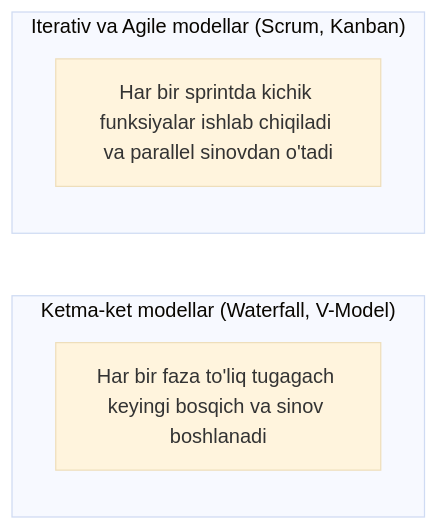
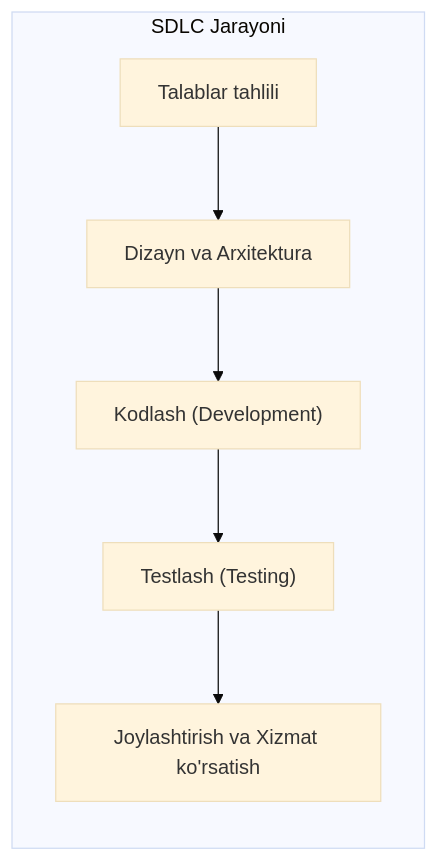
The first of 7 diagrams in app/docs/istqb-foundation/testing-throughout-the-sdlc/page.mdx (Ergashov15/qa-uzbekistan), drawn with Mermaid (base theme) before and after one commit. The commit also changed other lines of this file and 5 other files, not shown here.

````diff
--- a/app/docs/istqb-foundation/testing-throughout-the-sdlc/page.mdx
+++ b/app/docs/istqb-foundation/testing-throughout-the-sdlc/page.mdx
@@ -15,9 +15,9 @@
 ```mermaid
 flowchart LR
-    subgraph Seq["Ketma-ket modellar (Waterfall, V-Model)"]
-        S1["Har bir faza to'liq tugagach keyingi bosqich va sinov boshlanadi"]
-    end
-    subgraph Iter["Iterativ va Agile modellar (Scrum, Kanban)"]
-        I1["Har bir sprintda kichik funksiyalar ishlab chiqiladi va parallel sinovdan o'tadi"]
+    subgraph SDLC["SDLC Jarayoni"]
+        P1["Talablar tahlili"] --> P2["Dizayn va Arxitektura"]
+        P2 --> P3["Kodlash (Development)"]
+        P3 --> P4["Testlash (Testing)"]
+        P4 --> P5["Joylashtirish va Xizmat ko'rsatish"]
     end
 ```
````
